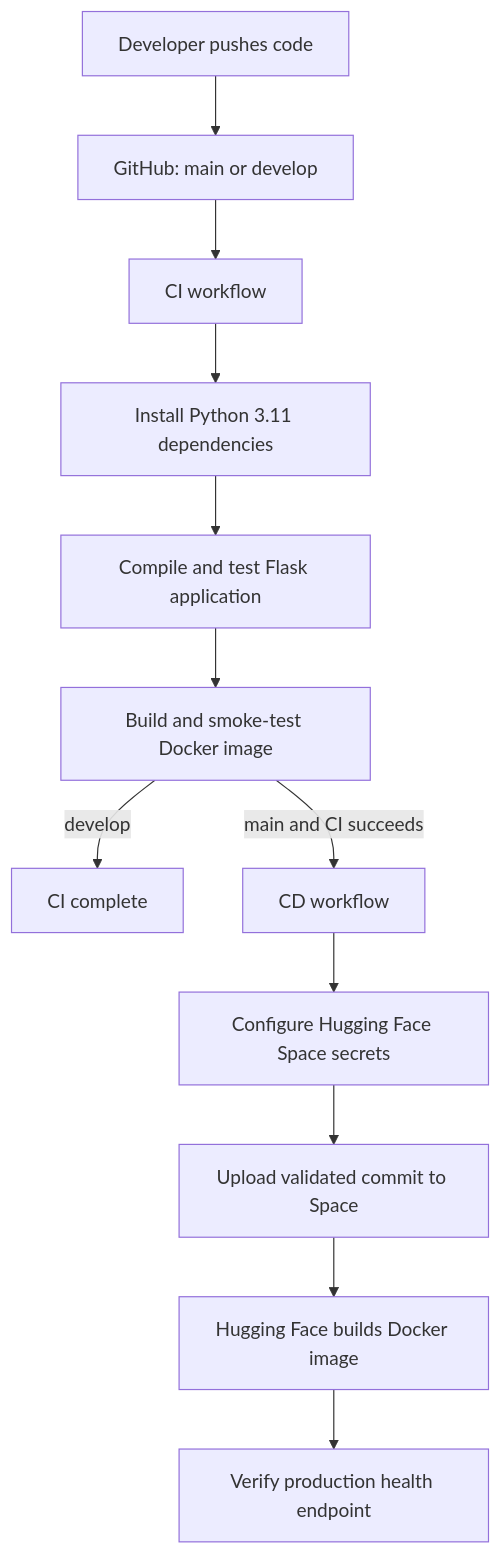
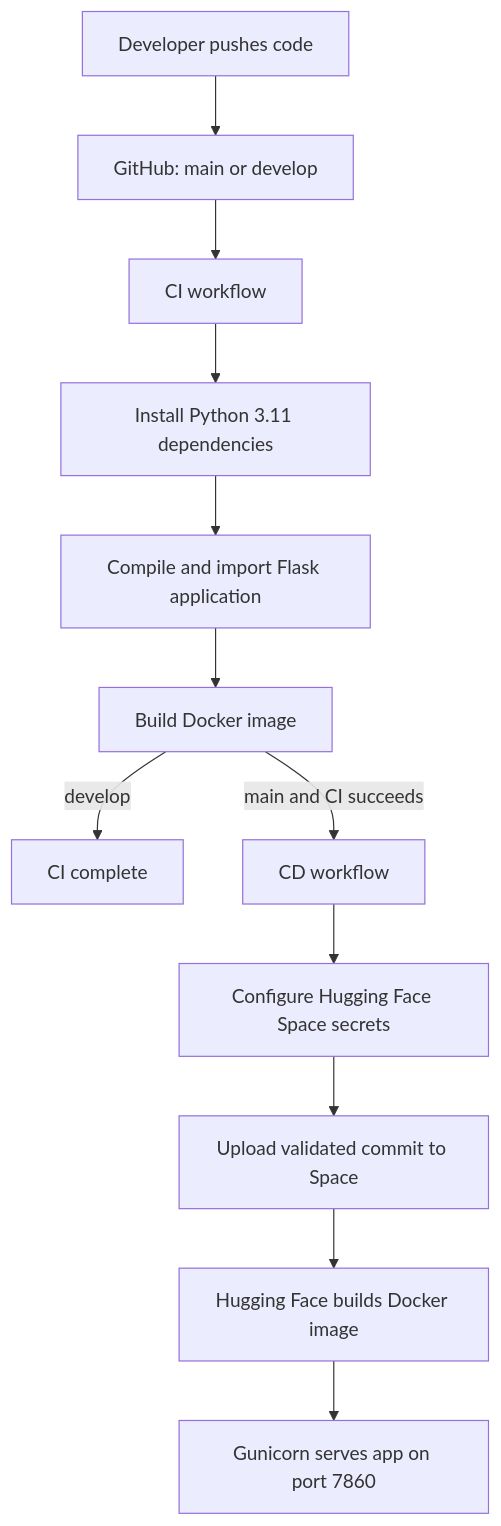
Before and after one commit to tanzzz07/ECO-0pti-AGENT: the diagram in README.md, drawn with Mermaid. The commit also changed other lines of this file and 7 other files, not shown here.

````diff
--- a/README.md
+++ b/README.md
@@ -50,14 +19,14 @@
 ```mermaid
 flowchart TD
     A[Developer pushes code] --> B[GitHub: main or develop]
     B --> C[CI workflow]
     C --> D[Install Python 3.11 dependencies]
-    D --> E[Compile and test Flask application]
-    E --> F[Build and smoke-test Docker image]
+    D --> E[Compile and import Flask application]
+    E --> F[Build Docker image]
     F -->|develop| G[CI complete]
     F -->|main and CI succeeds| H[CD workflow]
     H --> I[Configure Hugging Face Space secrets]
     I --> J[Upload validated commit to Space]
     J --> K[Hugging Face builds Docker image]
-    K --> L[Verify production health endpoint]
+    K --> L[Gunicorn serves app on port 7860]
 ```
````
